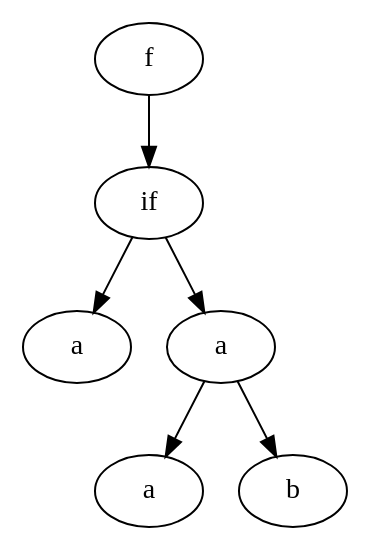
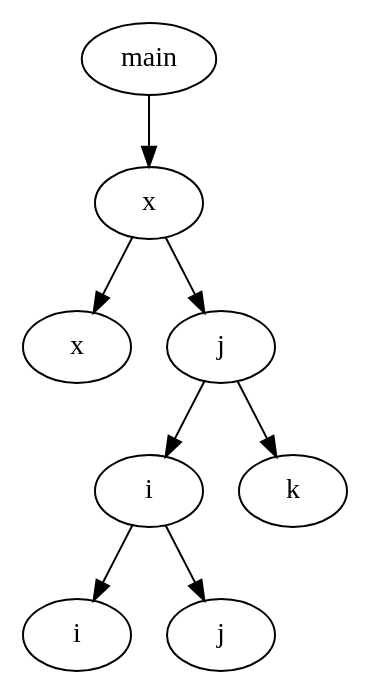
Before and after one commit to froestiago/compiladores: the diagram in etapa5/saida.dot, drawn with Graphviz. The commit also changed 19 other files, not shown here.

```diff
--- a/etapa5/saida.dot
+++ b/etapa5/saida.dot
@@ -1,13 +1,17 @@
 digraph grafo {
-  140678696818832 [ label="f" ];
-  140678696818832 -> 140678697862080;
-  140678697862080 [ label="if" ];
-  140678697862080 -> 140678697861680;
-  140678697861680 [ label="a" ];
-  140678697862080 -> 140678697861904;
-  140678697861904 [ label="a" ];
-  140678697861904 -> 140678697861984;
-  140678697861984 [ label="a" ];
-  140678697861904 -> 140678697861824;
-  140678697861824 [ label="b" ];
+  140687976710720 [ label="main" ];
+  140687976710720 -> 140687975662864;
+  140687975662864 [ label="x" ];
+  140687975662864 -> 140687975662944;
+  140687975662944 [ label="x" ];
+  140687975662864 -> 140687975662704;
+  140687975662704 [ label="j" ];
+  140687975662704 -> 140687975662384;
+  140687975662384 [ label="i" ];
+  140687975662384 -> 140687974619472;
+  140687974619472 [ label="i" ];
+  140687975662384 -> 140687975662240;
+  140687975662240 [ label="j" ];
+  140687975662704 -> 140687975662560;
+  140687975662560 [ label="k" ];
 }
```
